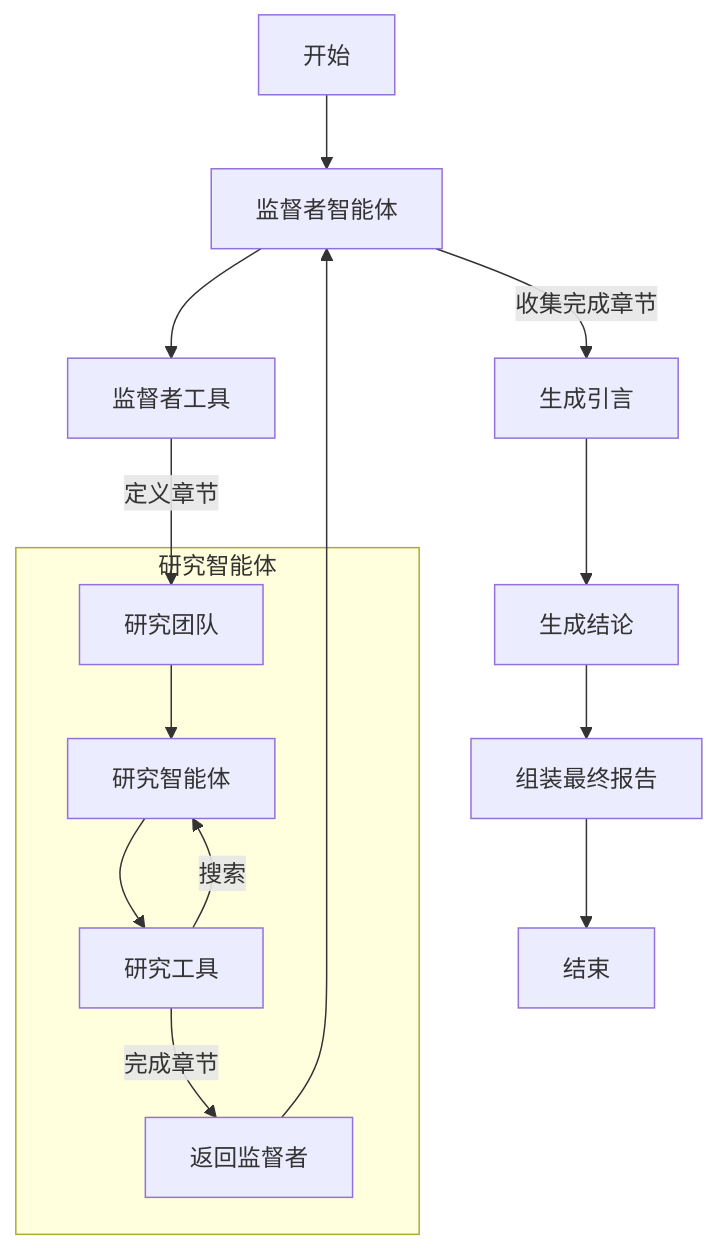
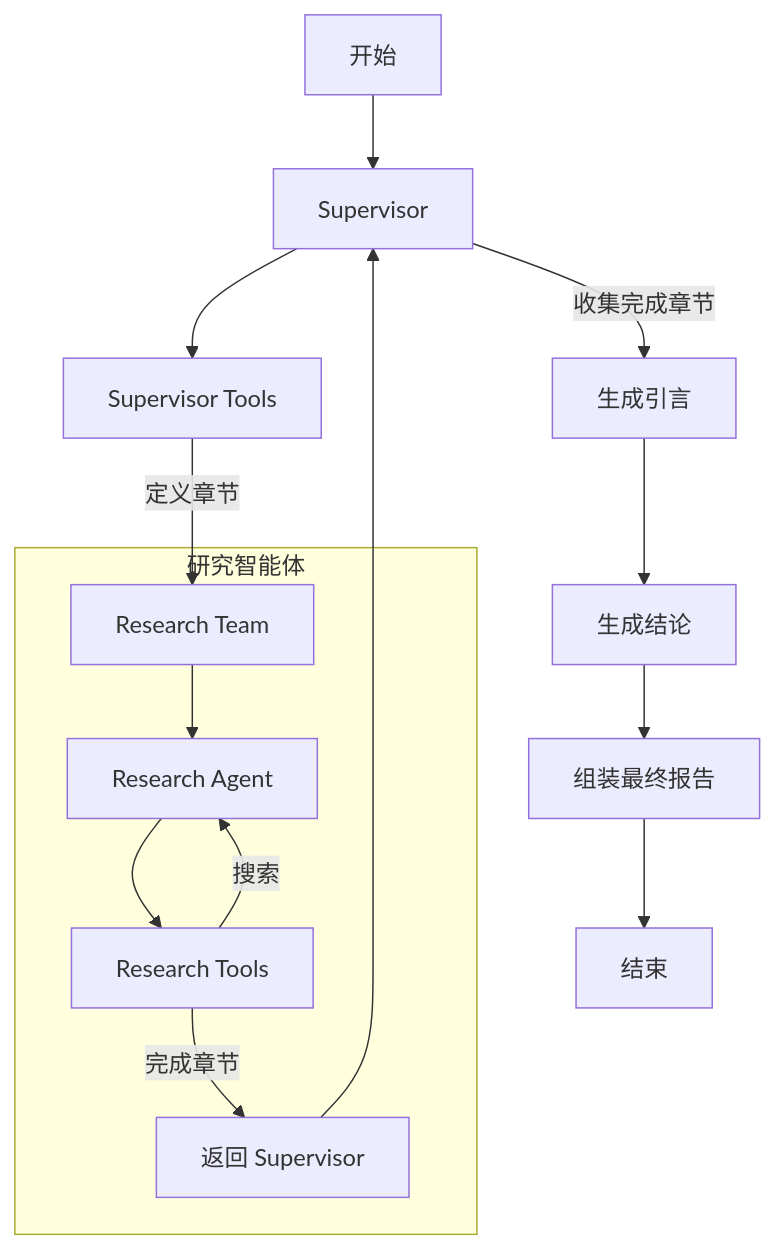
Before and after one commit to fankaidev/deep-research-agents: the second of 4 diagrams in open_deep_research.md, drawn with Mermaid. The commit also changed other lines of this file, not shown here.

````diff
--- a/open_deep_research.md
+++ b/open_deep_research.md
@@ -57,20 +57,20 @@
 ```mermaid
 graph TD
-    START[开始] --> Supervisor[监督者智能体]
-    Supervisor --> SupervisorTools[监督者工具]
+    START[开始] --> Supervisor[Supervisor]
+    Supervisor --> SupervisorTools[Supervisor Tools]
 
-    SupervisorTools -->|定义章节| ResearchTeam[研究团队]
+    SupervisorTools -->|定义章节| ResearchTeam[Research Team]
 
     subgraph 研究智能体
-        ResearchTeam --> ResearchAgent[研究智能体]
-        ResearchAgent --> ResearchTools[研究工具]
+        ResearchTeam --> ResearchAgent[Research Agent]
+        ResearchAgent --> ResearchTools[Research Tools]
         ResearchTools -->|搜索| ResearchAgent
-        ResearchTools -->|完成章节| ReturnToSupervisor[返回监督者]
+        ResearchTools -->|完成章节| ReturnToSupervisor[返回 Supervisor]
     end
 
     ReturnToSupervisor --> Supervisor
     Supervisor -->|收集完成章节| Introduction[生成引言]
     Introduction --> Conclusion[生成结论]
     Conclusion --> FinalReport[组装最终报告]
     FinalReport --> END[结束]
 ```
````
